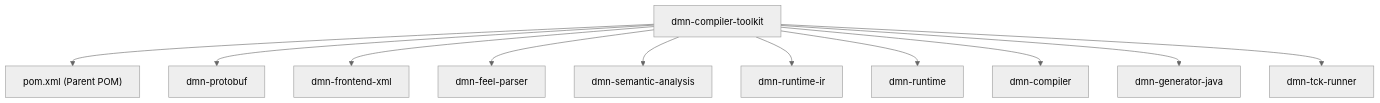
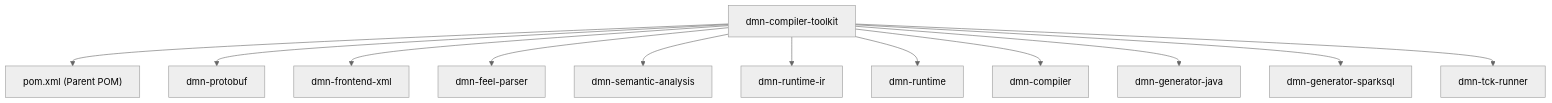
One commit to finmsg-io/dmn-compiler-toolkit changed the diagram in docs/architecture/chapters/07-Maven Modules.md. Above: the diagram before and after it, drawn with Mermaid. The commit also changed 10 other files, not shown here.

Commit message:
feat(sparksql): graduate dmn-generator-sparksql to core reactor and expand CTE expression emitter

````diff
--- a/docs/architecture/chapters/07-Maven Modules.md
+++ b/docs/architecture/chapters/07-Maven Modules.md
@@ -22,14 +22,15 @@
 ```mermaid
 %%{init: {'theme':'neutral'}}%%
 flowchart TD
     Root["dmn-compiler-toolkit"] --> Pom["pom.xml (Parent POM)"]
     Root --> Proto["dmn-protobuf"]
     Root --> Front["dmn-frontend-xml"]
     Root --> Feel["dmn-feel-parser"]
     Root --> Sem["dmn-semantic-analysis"]
     Root --> IR["dmn-runtime-ir"]
     Root --> Runtime["dmn-runtime"]
     Root --> Comp["dmn-compiler"]
     Root --> JavaGen["dmn-generator-java"]
+    Root --> SparkGen["dmn-generator-sparksql"]
     Root --> TCK["dmn-tck-runner"]
 ```
````
